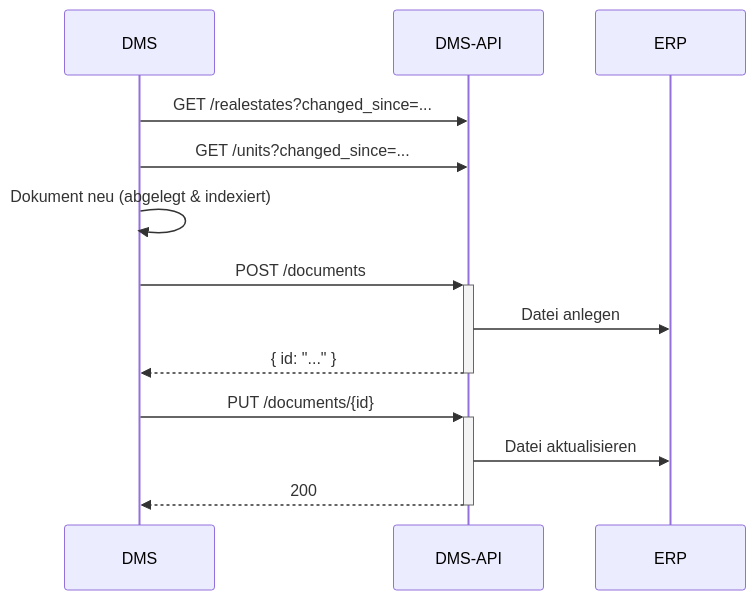
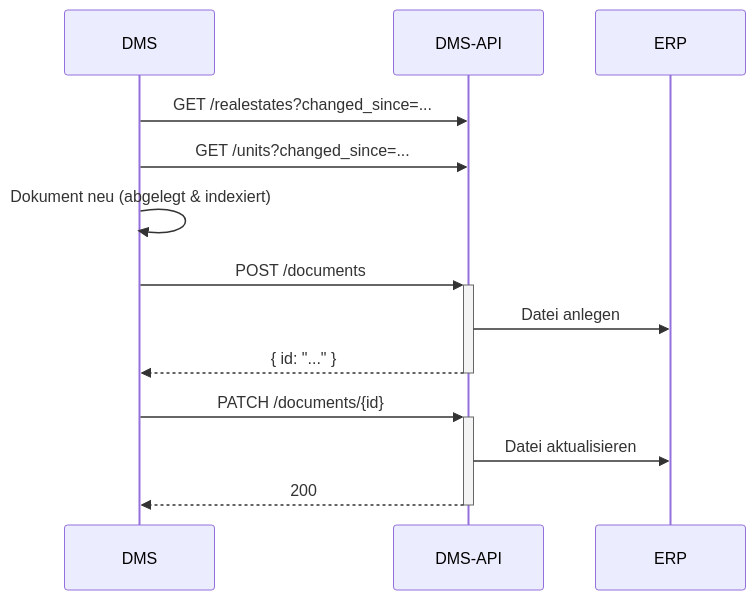
One commit to wwimmo/ww-dms-api changed the diagram in docs/2-anleitungen/1-dokument-importieren.md. Above: the diagram before and after it, drawn with Mermaid. The commit also changed other lines of this file and 6 other files, not shown here.

````diff
--- a/docs/2-anleitungen/1-dokument-importieren.md
+++ b/docs/2-anleitungen/1-dokument-importieren.md
@@ -54,15 +57,15 @@
 ```mermaid
 sequenceDiagram
   participant DMS
   participant API as DMS-API
   participant ERP
   DMS->>API: GET /realestates?changed_since=...
   DMS->>API: GET /units?changed_since=...
   DMS->>DMS: Dokument neu (abgelegt & indexiert)
   DMS->>+API: POST /documents
   API->>ERP: Datei anlegen
   API-->>-DMS: { id: "..." }
-  DMS->>+API: PUT /documents/{id}
+  DMS->>+API: PATCH /documents/{id}
   API->>ERP: Datei aktualisieren
   API-->>-DMS: 200
 ```
````
